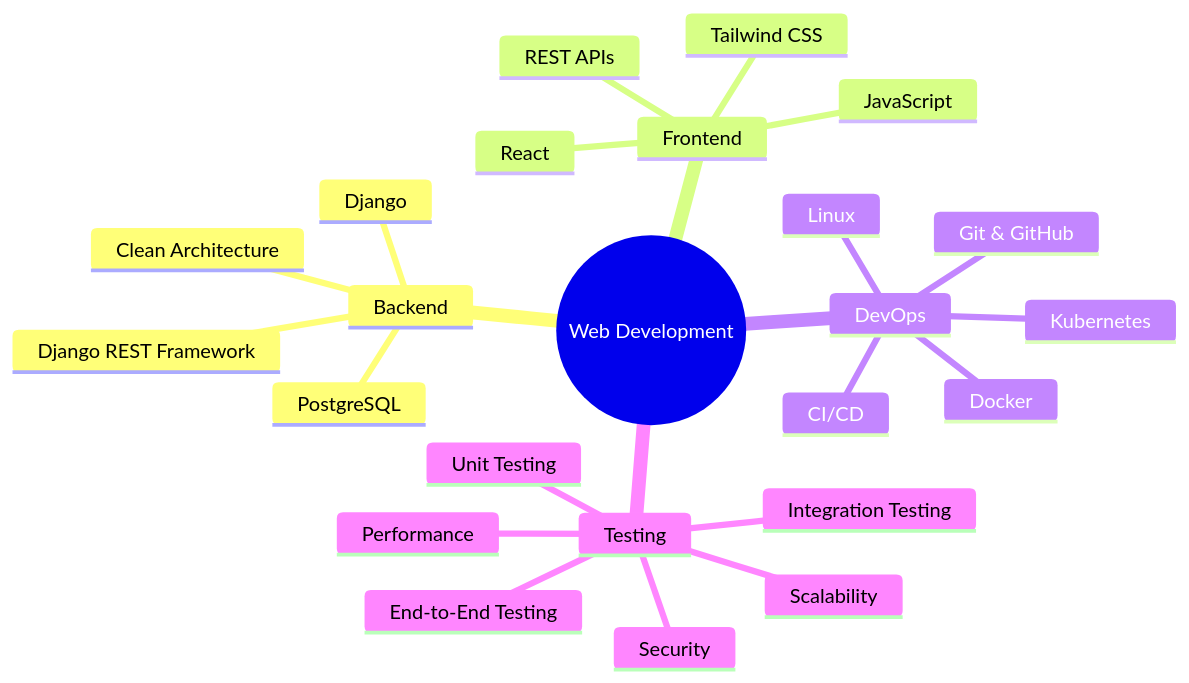
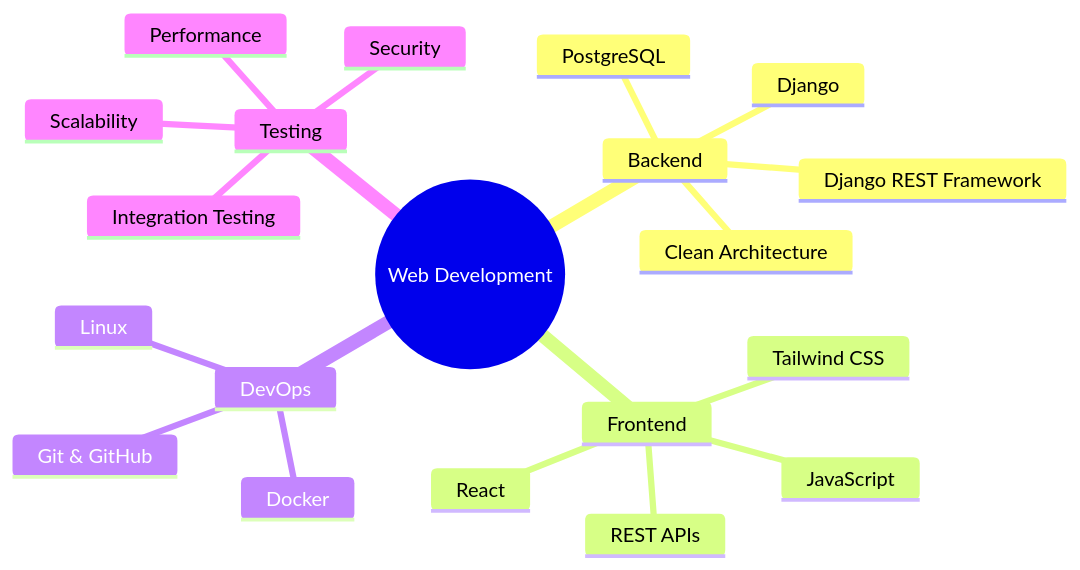
The diagram in README.md (AlgoAbrar/AlgoAbrar), drawn with Mermaid before and after one commit.

````diff
--- a/README.md
+++ b/README.md
@@ -39,27 +39,23 @@
 ```mermaid
 mindmap
 root((Web Development))
   Backend
     Django
     Django REST Framework
     PostgreSQL
     Clean Architecture
   Frontend
     React
     Tailwind CSS
     JavaScript
     REST APIs
   DevOps
     Git & GitHub
     Docker
     Linux
-    Kubernetes
-    CI/CD
   Testing
-    Unit Testing
     Integration Testing
-    End-to-End Testing
     Security
     Performance
     Scalability
 ```
````
